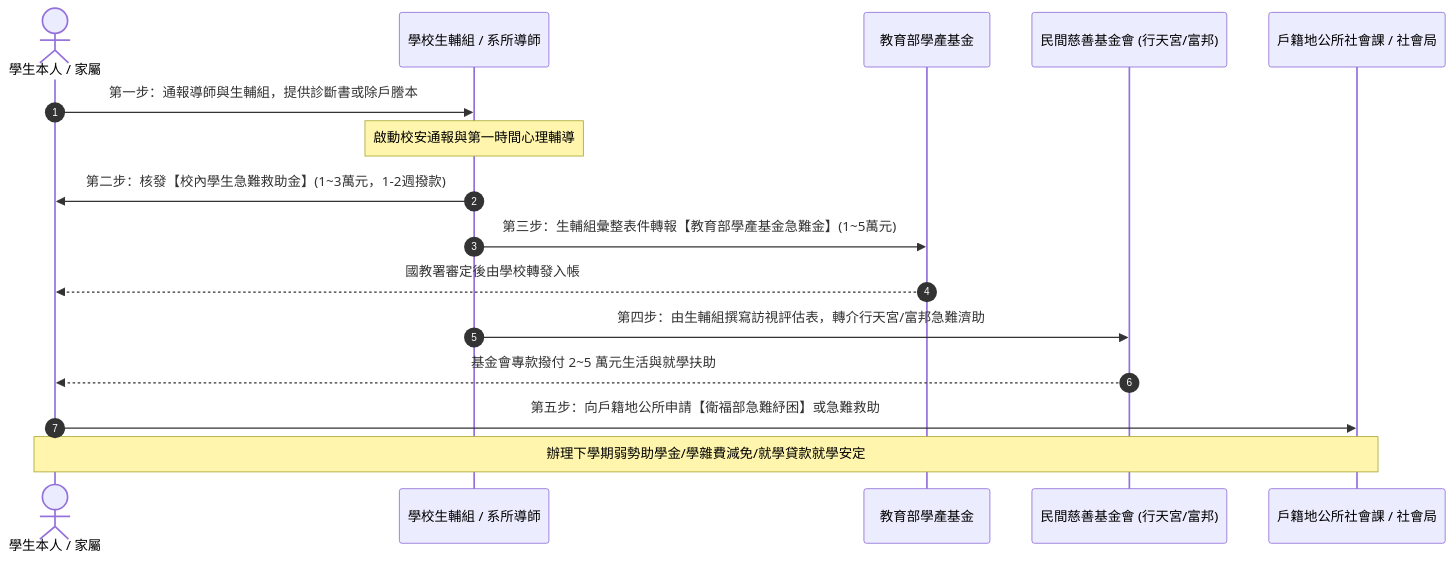
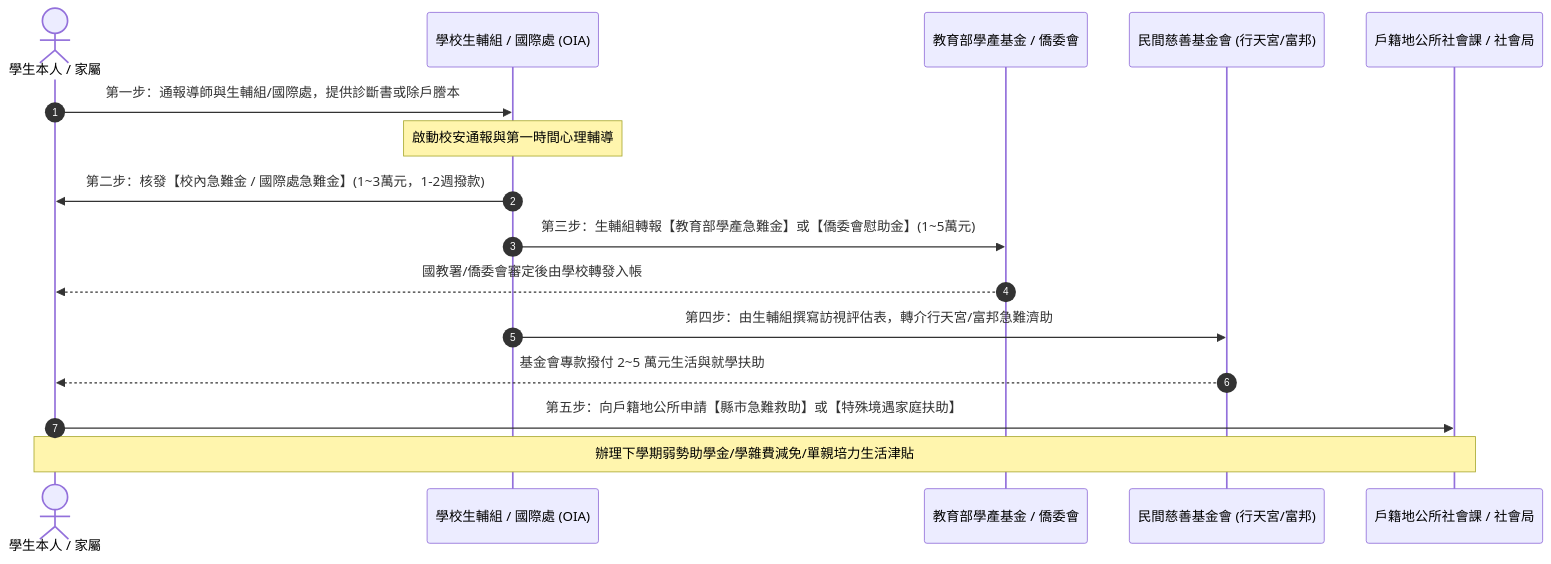
Before and after one commit to matt-ye/opengsa: the second of 3 diagrams in docs/EMERGENCY-RELIEF-FUNDS-EXPANSION-SURVEY.md, drawn with Mermaid. The commit also changed other lines of this file and 11 other files, not shown here.

````diff
--- a/docs/EMERGENCY-RELIEF-FUNDS-EXPANSION-SURVEY.md
+++ b/docs/EMERGENCY-RELIEF-FUNDS-EXPANSION-SURVEY.md
@@ -80,19 +93,19 @@
 ```mermaid
 sequenceDiagram
     autonumber
     actor S as 學生本人 / 家屬
-    participant U as 學校生輔組 / 系所導師
-    participant MOE as 教育部學產基金
+    participant U as 學校生輔組 / 國際處 (OIA)
+    participant MOE as 教育部學產基金 / 僑委會
     participant NGO as 民間慈善基金會 (行天宮/富邦)
     participant GOV as 戶籍地公所社會課 / 社會局
 
-    S->>U: 第一步：通報導師與生輔組，提供診斷書或除戶謄本
+    S->>U: 第一步：通報導師與生輔組/國際處，提供診斷書或除戶謄本
     Note over U: 啟動校安通報與第一時間心理輔導
-    U->>S: 第二步：核發【校內學生急難救助金】(1~3萬元，1-2週撥款)
-    U->>MOE: 第三步：生輔組彙整表件轉報【教育部學產基金急難金】(1~5萬元)
-    MOE-->>S: 國教署審定後由學校轉發入帳
+    U->>S: 第二步：核發【校內急難金 / 國際處急難金】(1~3萬元，1-2週撥款)
+    U->>MOE: 第三步：生輔組轉報【教育部學產急難金】或【僑委會慰助金】(1~5萬元)
+    MOE-->>S: 國教署/僑委會審定後由學校轉發入帳
     U->>NGO: 第四步：由生輔組撰寫訪視評估表，轉介行天宮/富邦急難濟助
     NGO-->>S: 基金會專款撥付 2~5 萬元生活與就學扶助
-    S->>GOV: 第五步：向戶籍地公所申請【衛福部急難紓困】或急難救助
-    Note over S,GOV: 辦理下學期弱勢助學金/學雜費減免/就學貸款就學安定
+    S->>GOV: 第五步：向戶籍地公所申請【縣市急難救助】或【特殊境遇家庭扶助】
+    Note over S,GOV: 辦理下學期弱勢助學金/學雜費減免/單親培力生活津貼
 ```
````
